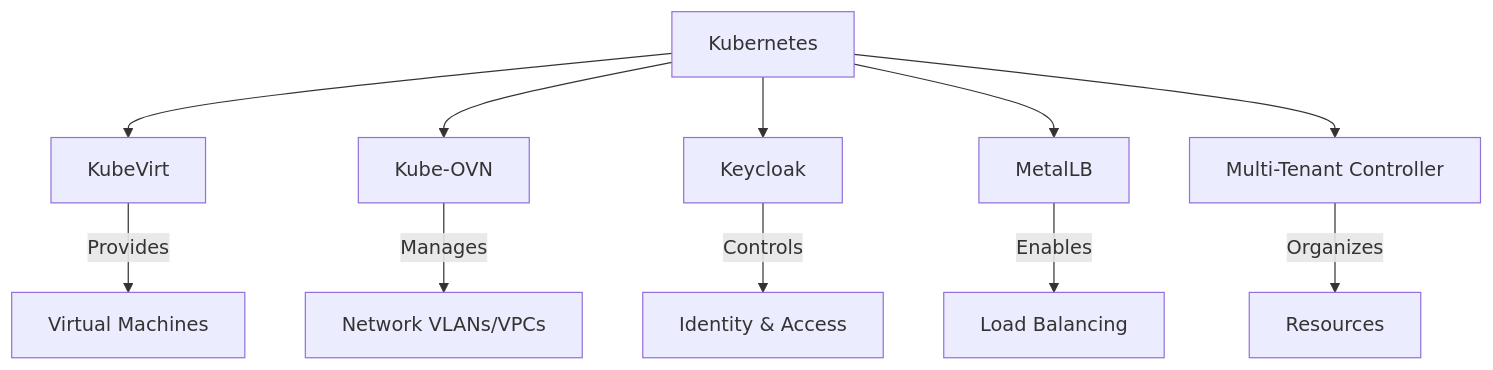
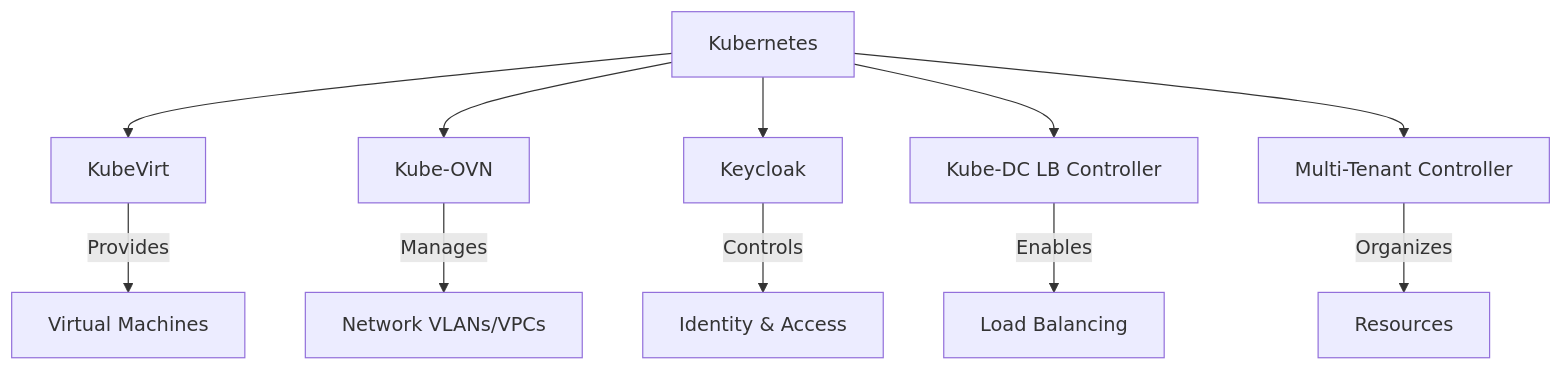
One commit to kube-dc/kube-dc-public changed the diagram in docs/architecture-overview.md. Above: the diagram before and after it, drawn with Mermaid. The commit also changed 4 other files, not shown here.

````diff
--- a/docs/architecture-overview.md
+++ b/docs/architecture-overview.md
@@ -9,14 +9,14 @@
 ```mermaid
 graph TD
     K8s[Kubernetes] --> KubeVirt[KubeVirt]    
     K8s --> KubeOVN[Kube-OVN]    
     K8s --> Keycloak[Keycloak]    
-    K8s --> MetalLB[MetalLB]    
+    K8s --> LBController[Kube-DC LB Controller]    
     K8s --> MultiTenant[Multi-Tenant Controller]
     
     KubeVirt -->|Provides| VMs[Virtual Machines]
     KubeOVN -->|Manages| Networking[Network VLANs/VPCs]
     Keycloak -->|Controls| IAM[Identity & Access]
-    MetalLB -->|Enables| LoadBalancing[Load Balancing]
+    LBController -->|Enables| LoadBalancing[Load Balancing]
     MultiTenant -->|Organizes| Resources[Resources]
 ```
````
